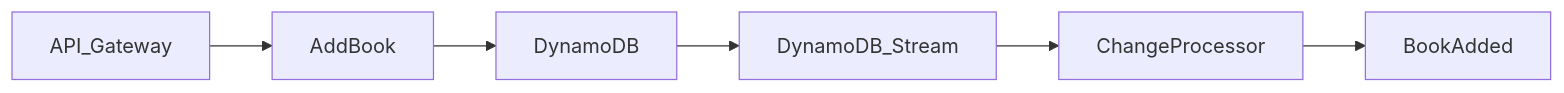
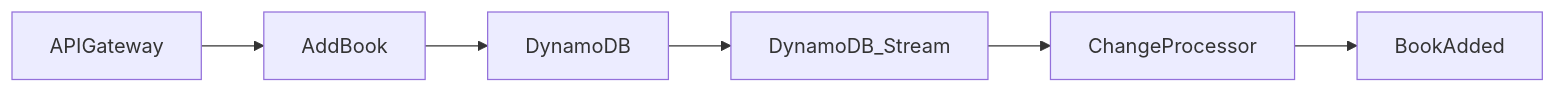
Before and after one commit to mikaelvesavuori/aws-serverless-outbox-demo: the diagram in README.md, drawn with Mermaid. The commit also changed other lines of this file and 2 other files, not shown here.

````diff
--- a/README.md
+++ b/README.md
@@ -13,8 +13,8 @@
 ```mermaid
 graph LR;
-    API_Gateway-->AddBook;
+    APIGateway-->AddBook;
     AddBook-->DynamoDB;
     DynamoDB-->DynamoDB_Stream;
     DynamoDB_Stream-->ChangeProcessor;
     ChangeProcessor-->BookAdded;
 ```
````
